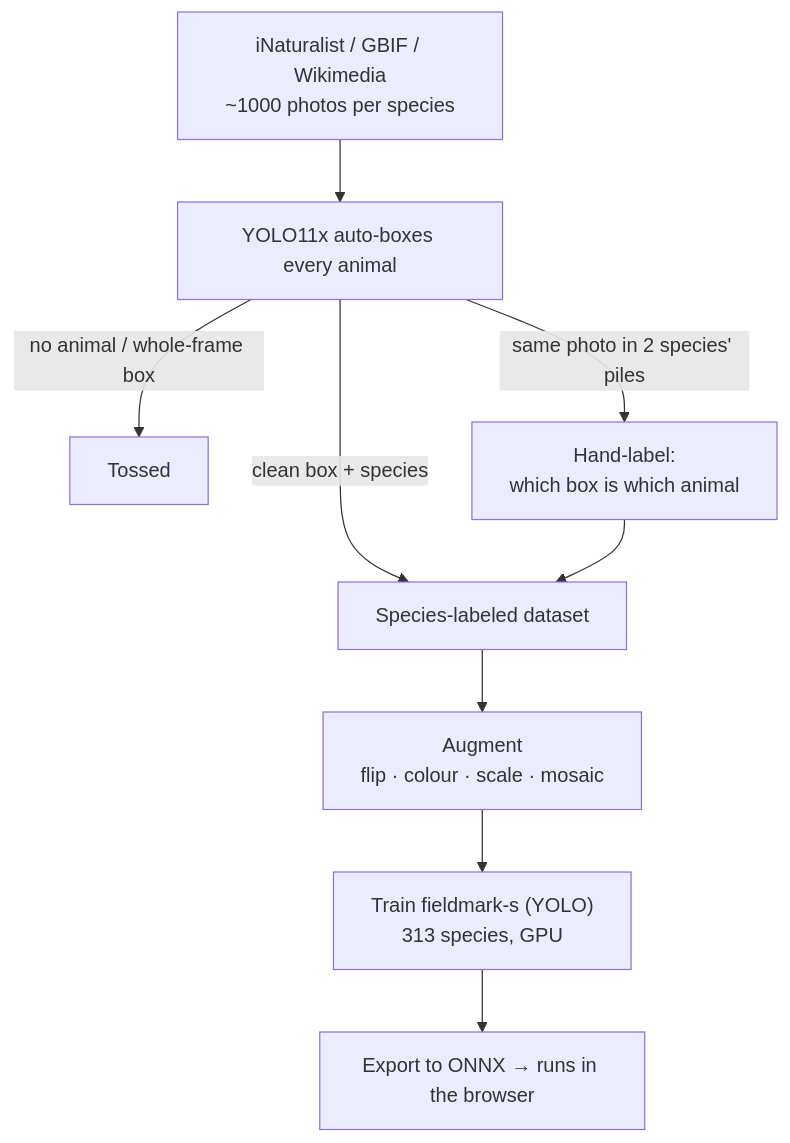
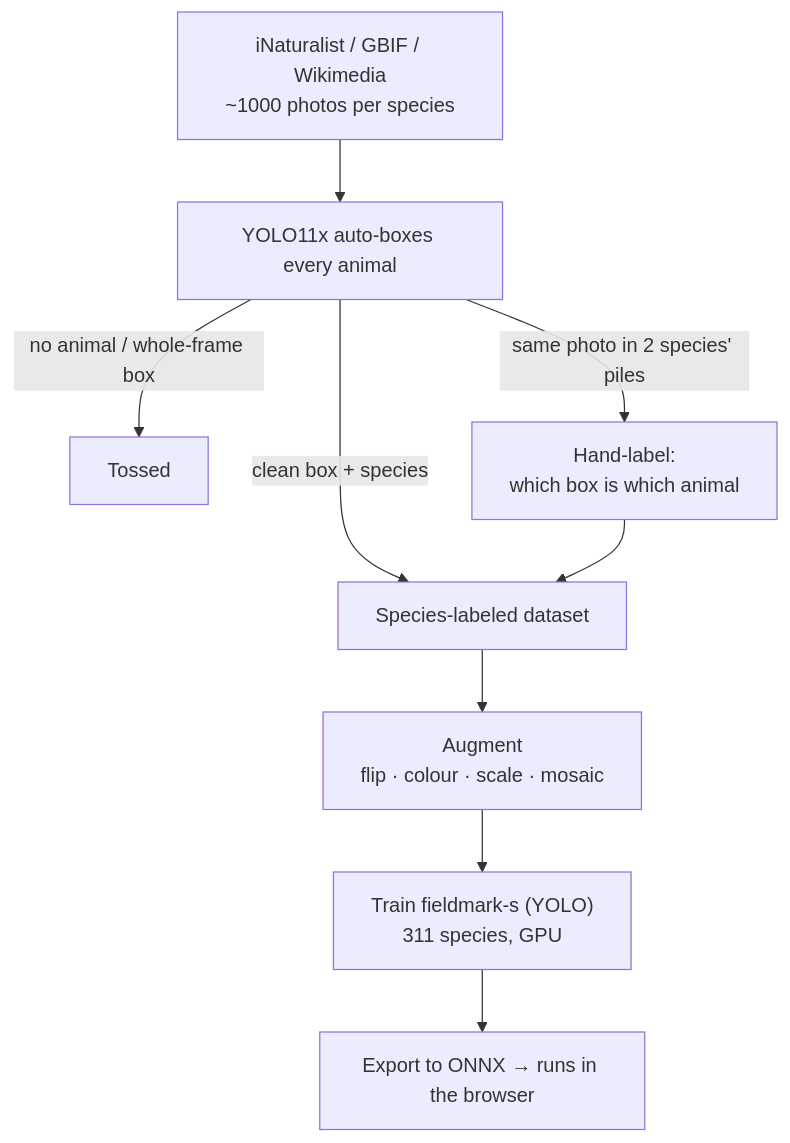
One commit to Gelato1337/birds changed the diagram in README.md. Above: the diagram before and after it, drawn with Mermaid. The commit also changed other lines of this file and 1 other file, not shown here.

Commit message:
Eval: report 311 species, show top-30 table inline

````diff
--- a/README.md
+++ b/README.md
@@ -68,11 +68,11 @@
 ```mermaid
 flowchart TD
   A["iNaturalist / GBIF / Wikimedia<br/>~1000 photos per species"] --> B[YOLO11x auto-boxes every animal]
   B -->|no animal / whole-frame box| X[Tossed]
   B -->|clean box + species| D[Species-labeled dataset]
   B -->|same photo in 2 species' piles| M["Hand-label:<br/>which box is which animal"]
   M --> D
   D --> E["Augment<br/>flip · colour · scale · mosaic"]
-  E --> F["Train fieldmark-s (YOLO)<br/>313 species, GPU"]
+  E --> F["Train fieldmark-s (YOLO)<br/>311 species, GPU"]
   F --> G[Export to ONNX → runs in the browser]
 ```
````
